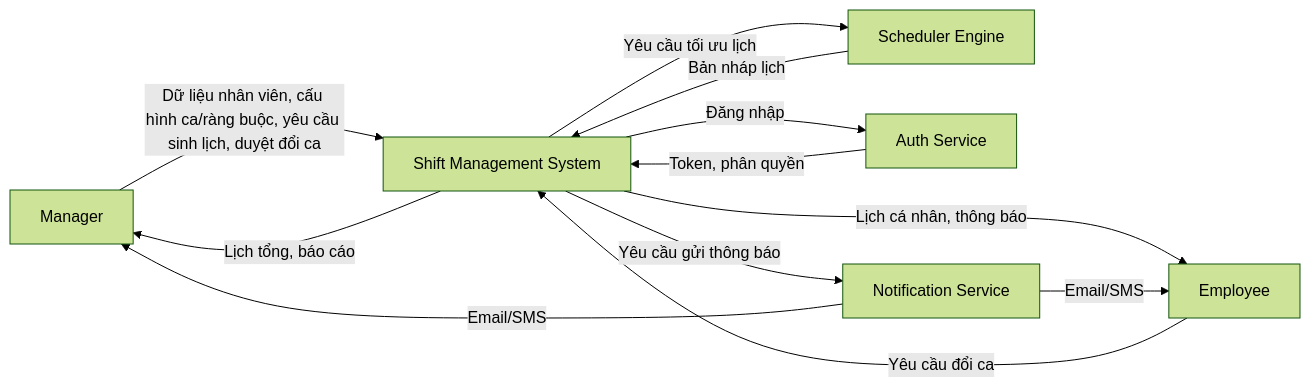
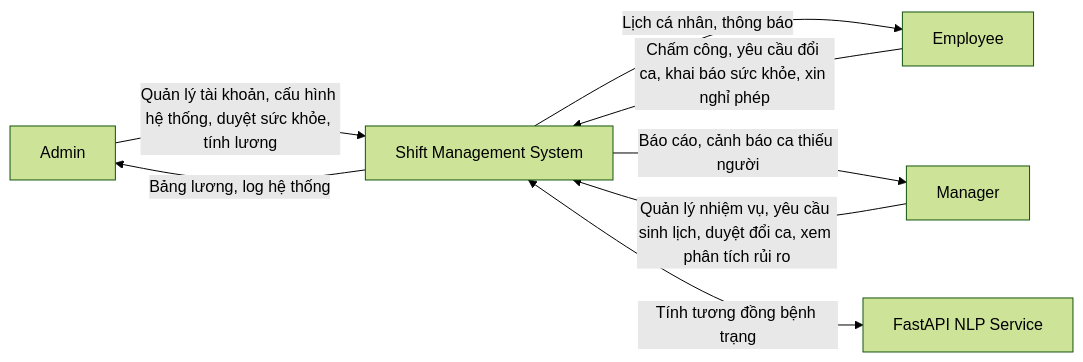
Before and after one commit to G2-N05/shift-management-system: the diagram in docs/week1/SRS.md, drawn with Mermaid (forest theme). The commit also changed other lines of this file and 45 other files, not shown here.

Commit message:
docs: cập nhật tài liệu tuần 1-10 - nhúng sơ đồ Use Case, Class Diagram, Package Diagram vào Final Report; thêm bảng tổng hợp Integration Test; bổ sung ảnh chụp màn hình UI thực tế (web & mobile)

````diff
--- a/docs/week1/SRS.md
+++ b/docs/week1/SRS.md
@@ -41,17 +40,12 @@
 ```mermaid
 flowchart LR
-    M[Manager] -->|Dữ liệu nhân viên, cấu hình ca/ràng buộc, yêu cầu sinh lịch, duyệt đổi ca| SMS[Shift Management System]
-    E[Employee] -->|Yêu cầu đổi ca| SMS
+    A[Admin] -->|Quản lý tài khoản, cấu hình hệ thống, duyệt sức khỏe, tính lương| SMS[Shift Management System]
+    M[Manager] -->|Quản lý nhiệm vụ, yêu cầu sinh lịch, duyệt đổi ca, xem phân tích rủi ro| SMS
+    E[Employee] -->|Chấm công, yêu cầu đổi ca, khai báo sức khỏe, xin nghỉ phép| SMS
+    
     SMS -->|Lịch cá nhân, thông báo| E
-    SMS -->|Lịch tổng, báo cáo| M
+    SMS -->|Báo cáo, cảnh báo ca thiếu người| M
+    SMS -->|Bảng lương, log hệ thống| A
 
-    SMS -->|Yêu cầu tối ưu lịch| SE[Scheduler Engine]
-    SE -->|Bản nháp lịch| SMS
-
-    SMS -->|Đăng nhập| AS[Auth Service]
-    AS -->|Token, phân quyền| SMS
-
-    SMS -->|Yêu cầu gửi thông báo| NS[Notification Service]
-    NS -->|Email/SMS| M
-    NS -->|Email/SMS| E
+    SMS <-->|Tính tương đồng bệnh trạng| NLP[FastAPI NLP Service]
 ```
````
